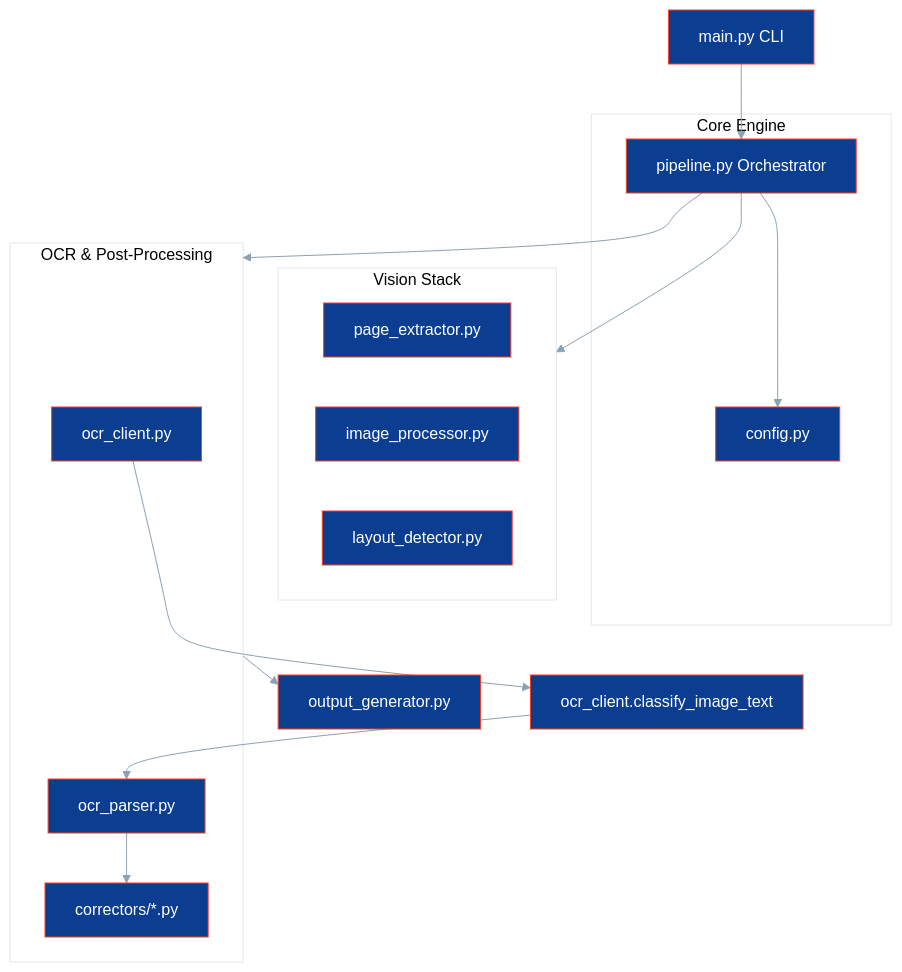
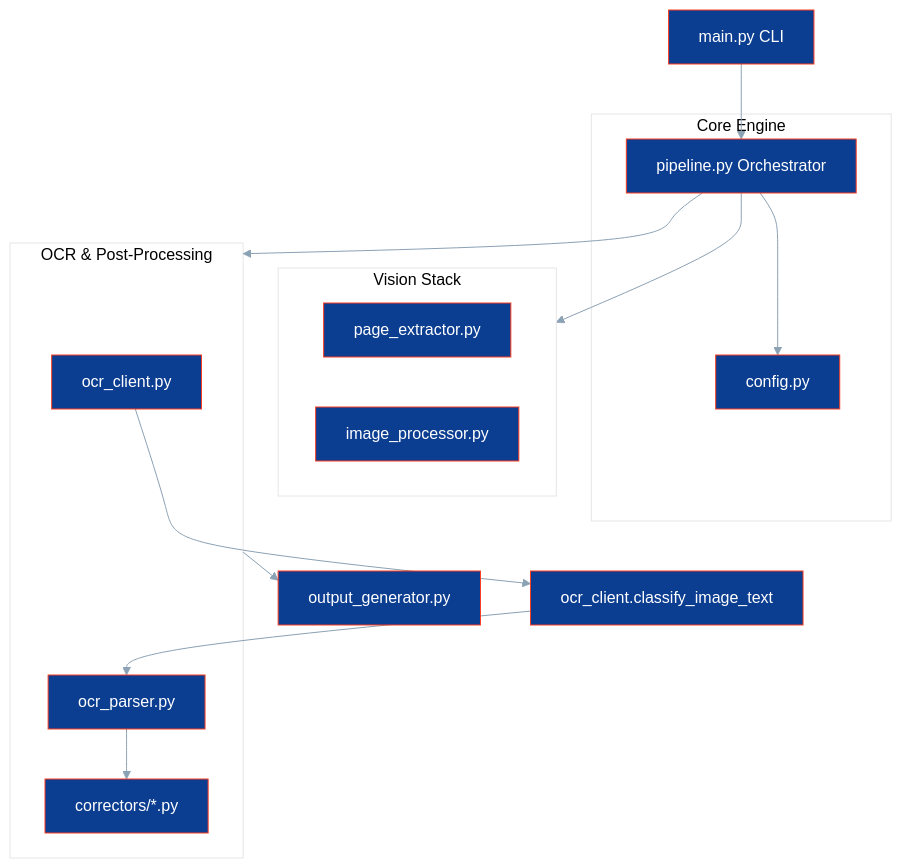
The diagram in docs/ARCHITECTURE.md (JeanLouisParent/Nasa-Transcript-Processor), drawn with Mermaid before and after one commit. The commit also changed other lines of this file and 13 other files, not shown here.

Commit message:
Revamp OCR postprocess and remove layout detector

````diff
--- a/docs/ARCHITECTURE.md
+++ b/docs/ARCHITECTURE.md
@@ -7,28 +7,27 @@
 ```mermaid
 %%{init: {'theme': 'base', 'themeVariables': { 'primaryColor': '#0B3D91', 'primaryTextColor': '#fff', 'primaryBorderColor': '#FC3D21', 'lineColor': '#8BA1B4', 'secondaryColor': '#8BA1B4', 'tertiaryColor': '#fff'}}}%%
 flowchart TD
     CLI[main.py CLI] --> ORCH[pipeline.py Orchestrator]
     
     subgraph Core[Core Engine]
         ORCH --> CFG[config.py]
     end
 
     subgraph Processors[Vision Stack]
         EXT[page_extractor.py]
         IMG[image_processor.py]
-        LAY[layout_detector.py]
     end
 
     subgraph Intelligence[OCR & Post-Processing]
         CLIENT[ocr_client.py]
         PARSER[ocr_parser.py]
         CORR[correctors/*.py]
     end
 
     ORCH --> Processors
     ORCH --> Intelligence
     PARSER --> CORR
     Intelligence --> OUT[output_generator.py]
     CLIENT --> CLASS["ocr_client.classify_image_text"]
     CLASS --> PARSER
 ```
````
